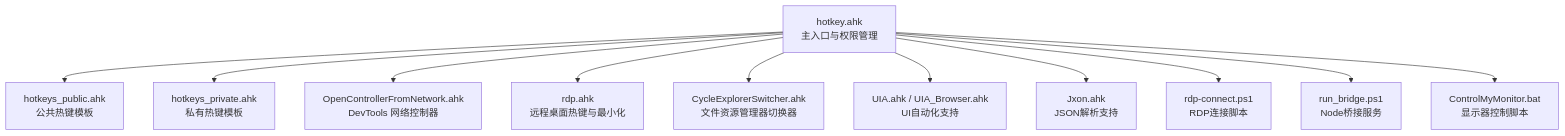
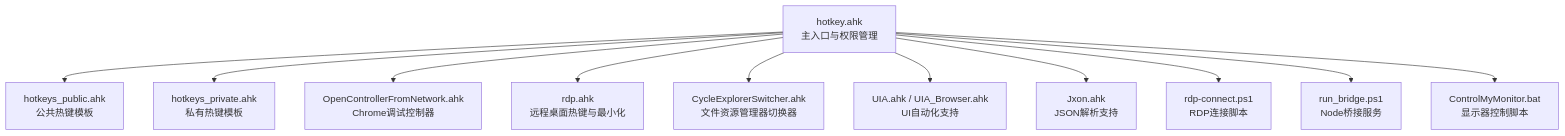
Before and after one commit to wangys-123doit/hotkey: the first of 9 diagrams in .qoder/repowiki/zh/content/核心功能/热键管理系统.md, drawn with Mermaid. The commit also changed other lines of this file and 5 other files, not shown here.

````diff
--- a/.qoder/repowiki/zh/content/核心功能/热键管理系统.md
+++ b/.qoder/repowiki/zh/content/核心功能/热键管理系统.md
@@ -43,13 +47,13 @@
 ```mermaid
 graph TB
 A["hotkey.ahk<br/>主入口与权限管理"] --> B["hotkeys_public.ahk<br/>公共热键模板"]
 A --> C["hotkeys_private.ahk<br/>私有热键模板"]
-A --> D["OpenControllerFromNetwork.ahk<br/>DevTools 网络控制器"]
+A --> D["OpenControllerFromNetwork.ahk<br/>Chrome调试控制器"]
 A --> E["rdp.ahk<br/>远程桌面热键与最小化"]
 A --> F["CycleExplorerSwitcher.ahk<br/>文件资源管理器切换器"]
 A --> G["UIA.ahk / UIA_Browser.ahk<br/>UI自动化支持"]
 A --> H["Jxon.ahk<br/>JSON解析支持"]
 A --> I["rdp-connect.ps1<br/>RDP连接脚本"]
 A --> J["run_bridge.ps1<br/>Node桥接服务"]
 A --> K["ControlMyMonitor.bat<br/>显示器控制脚本"]
 ```
````
